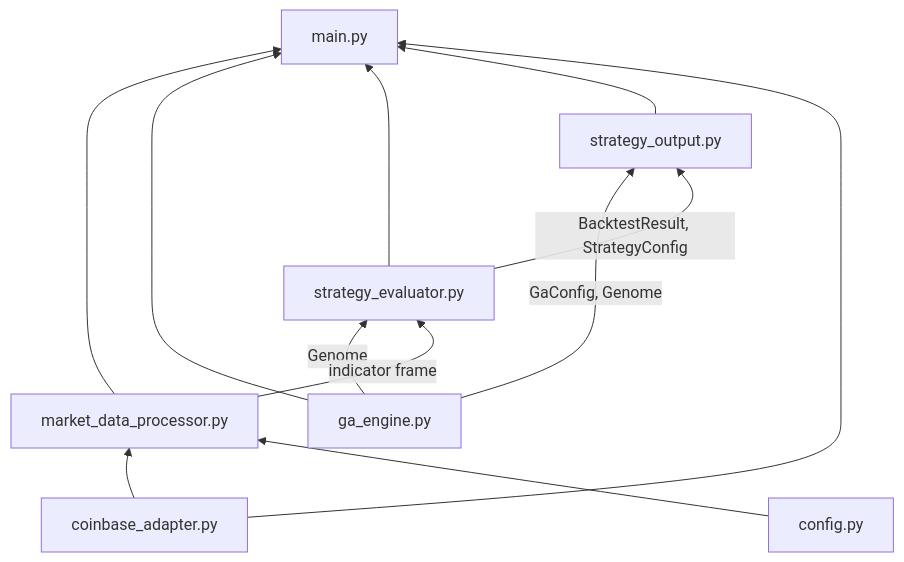
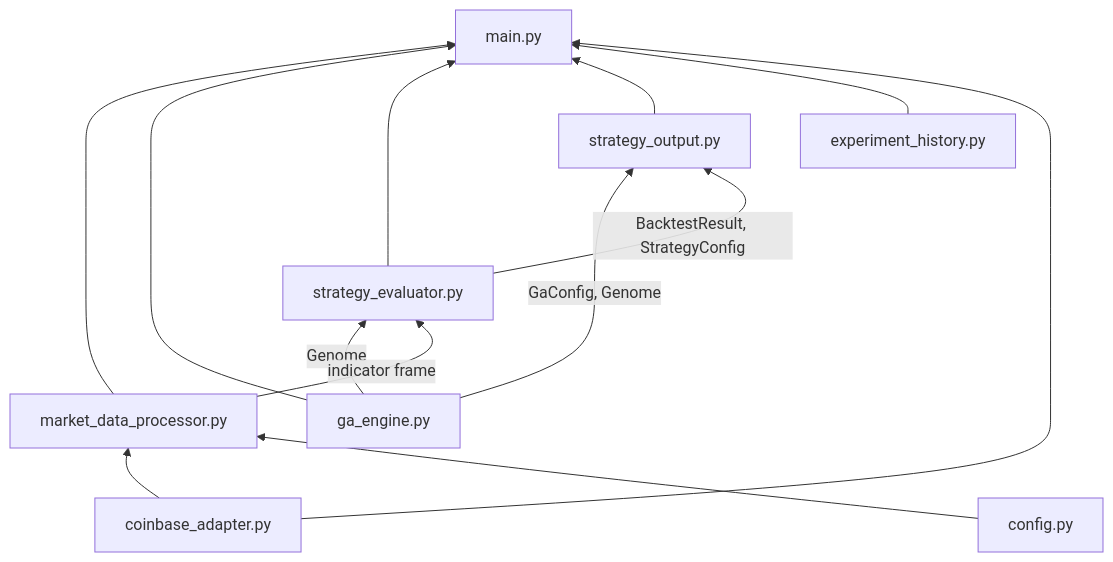
Before and after one commit to brunobrods/hippo: the first of 2 diagrams in coinbase/ga/README.md, drawn with Mermaid. The commit also changed other lines of this file and 8 other files, not shown here.

````diff
--- a/coinbase/ga/README.md
+++ b/coinbase/ga/README.md
@@ -12,22 +12,24 @@
 ```mermaid
 flowchart BT
     ADAPTER[coinbase_adapter.py]
     MDP[market_data_processor.py]
     GA[ga_engine.py]
     SE[strategy_evaluator.py]
     SO[strategy_output.py]
+    EH[experiment_history.py]
     CFG[config.py]
     MAIN[main.py]
 
     ADAPTER --> MDP
     CFG --> MDP
     GA -->|Genome| SE
     MDP -->|indicator frame| SE
     GA -->|GaConfig, Genome| SO
     SE -->|BacktestResult, StrategyConfig| SO
     MDP --> MAIN
     GA --> MAIN
     SE --> MAIN
     SO --> MAIN
+    EH --> MAIN
     ADAPTER --> MAIN
 ```
````
